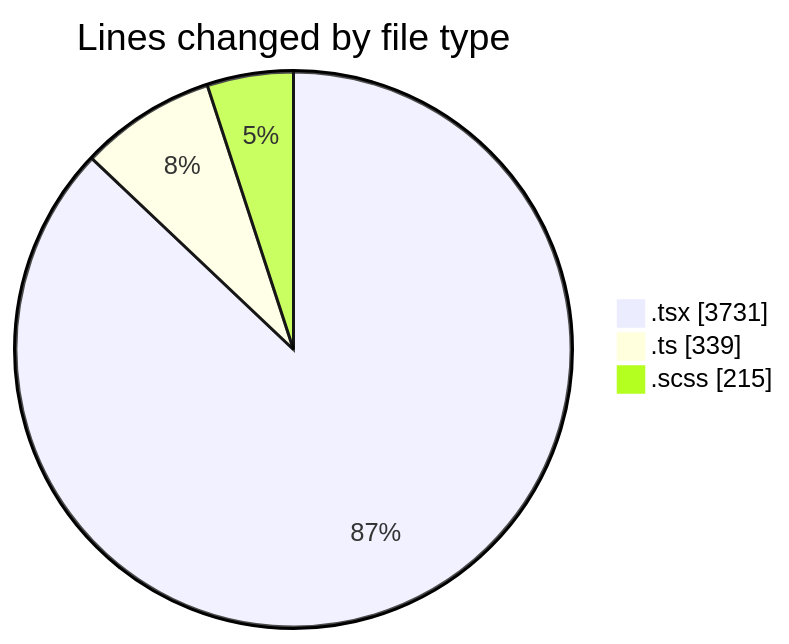
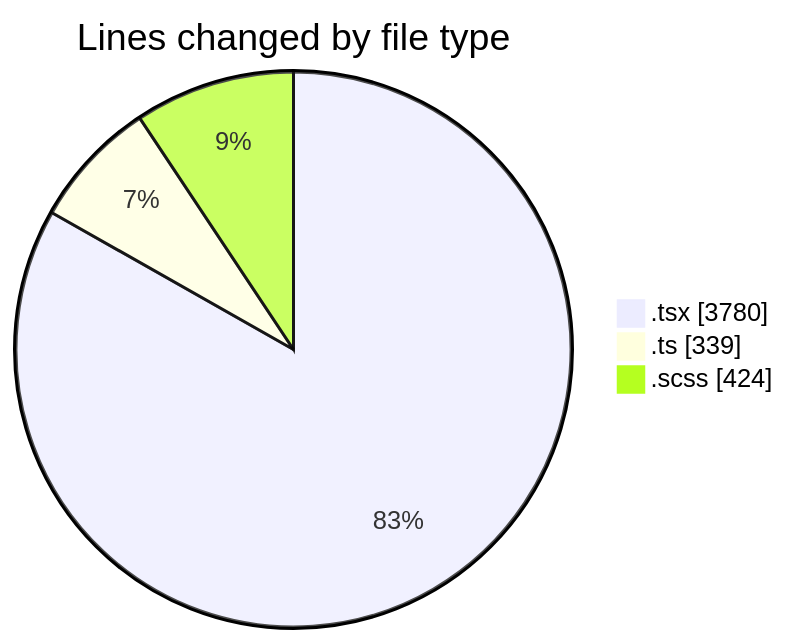
The first of 2 diagrams in 2025-07-08/cda/README.md (momahboobian/code-tracking), drawn with Mermaid before and after one commit. The commit also changed other lines of this file and 1 other file, not shown here.

````diff
--- a/2025-07-08/cda/README.md
+++ b/2025-07-08/cda/README.md
@@ -39,7 +44,7 @@
 ```mermaid
 pie showData
 title Lines changed by file type
-".tsx" : 3731
+".tsx" : 3780
 ".ts" : 339
-".scss" : 215
+".scss" : 424
 ```
````
